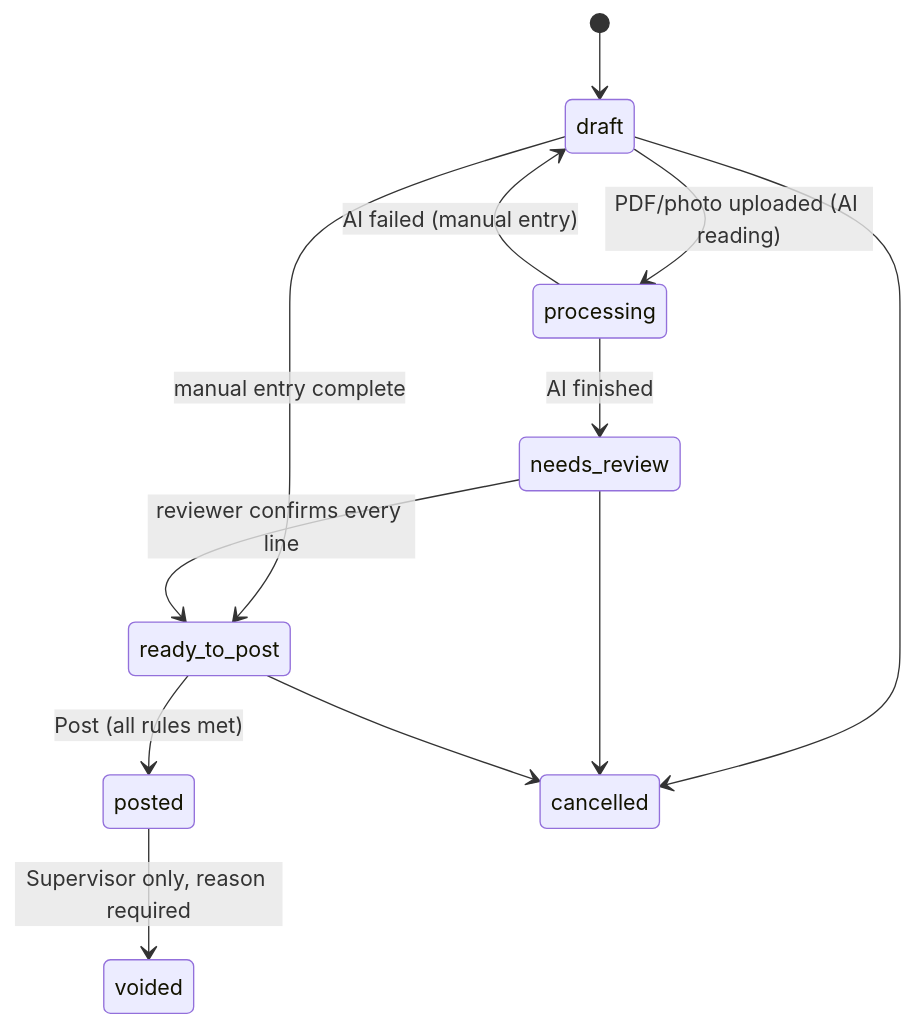
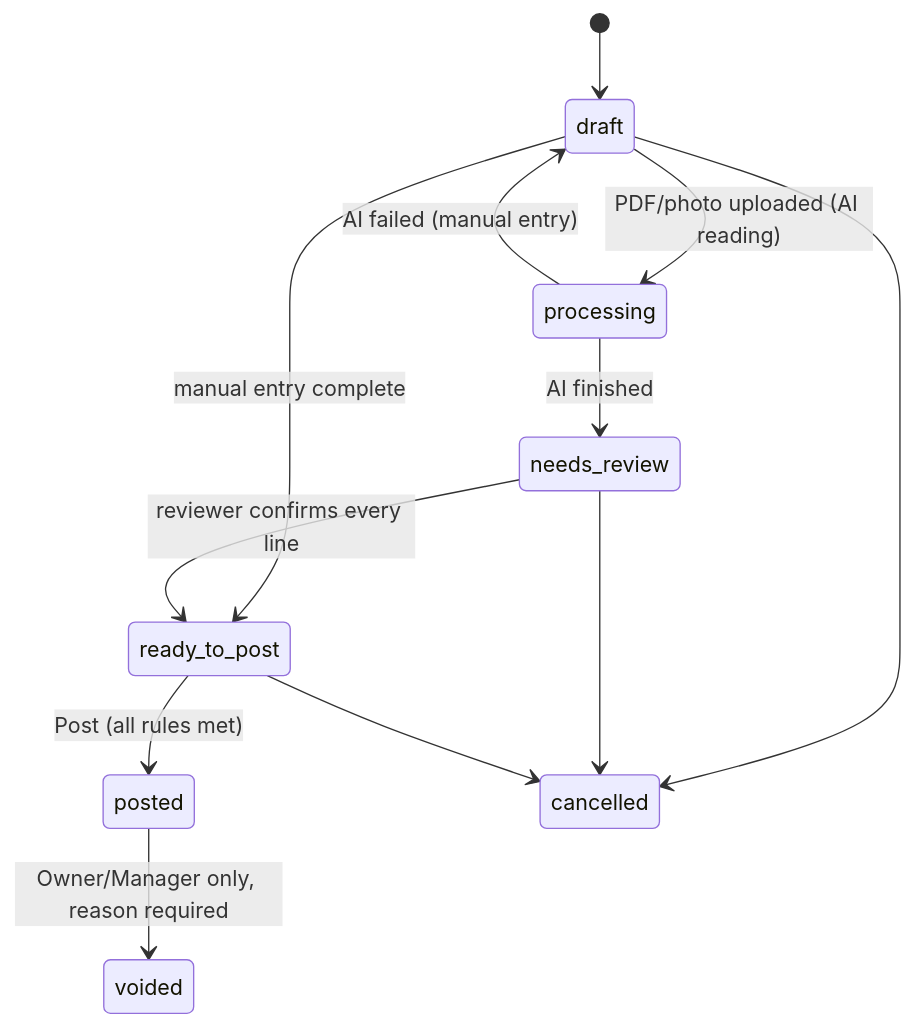
The first of 4 diagrams in docs/workflows.md (ababamahmoudi/Supermarket-Inventory), drawn with Mermaid before and after one commit. The commit also changed other lines of this file and 13 other files, not shown here.

````diff
--- a/docs/workflows.md
+++ b/docs/workflows.md
@@ -9,14 +9,14 @@
 ```mermaid
 stateDiagram-v2
   [*] --> draft
   draft --> processing: PDF/photo uploaded (AI reading)
   draft --> ready_to_post: manual entry complete
   processing --> needs_review: AI finished
   processing --> draft: AI failed (manual entry)
   needs_review --> ready_to_post: reviewer confirms every line
   ready_to_post --> posted: Post (all rules met)
   draft --> cancelled
   needs_review --> cancelled
   ready_to_post --> cancelled
-  posted --> voided: Supervisor only, reason required
+  posted --> voided: Owner/Manager only, reason required
 ```
````
